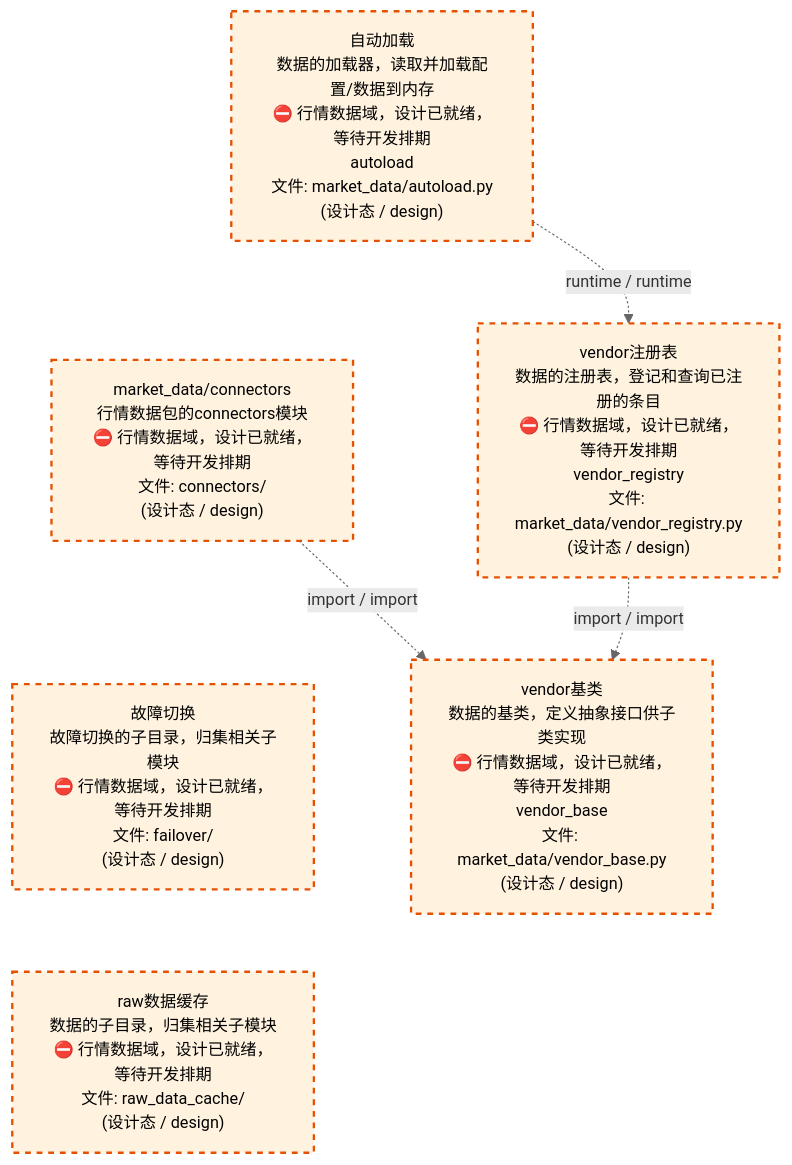
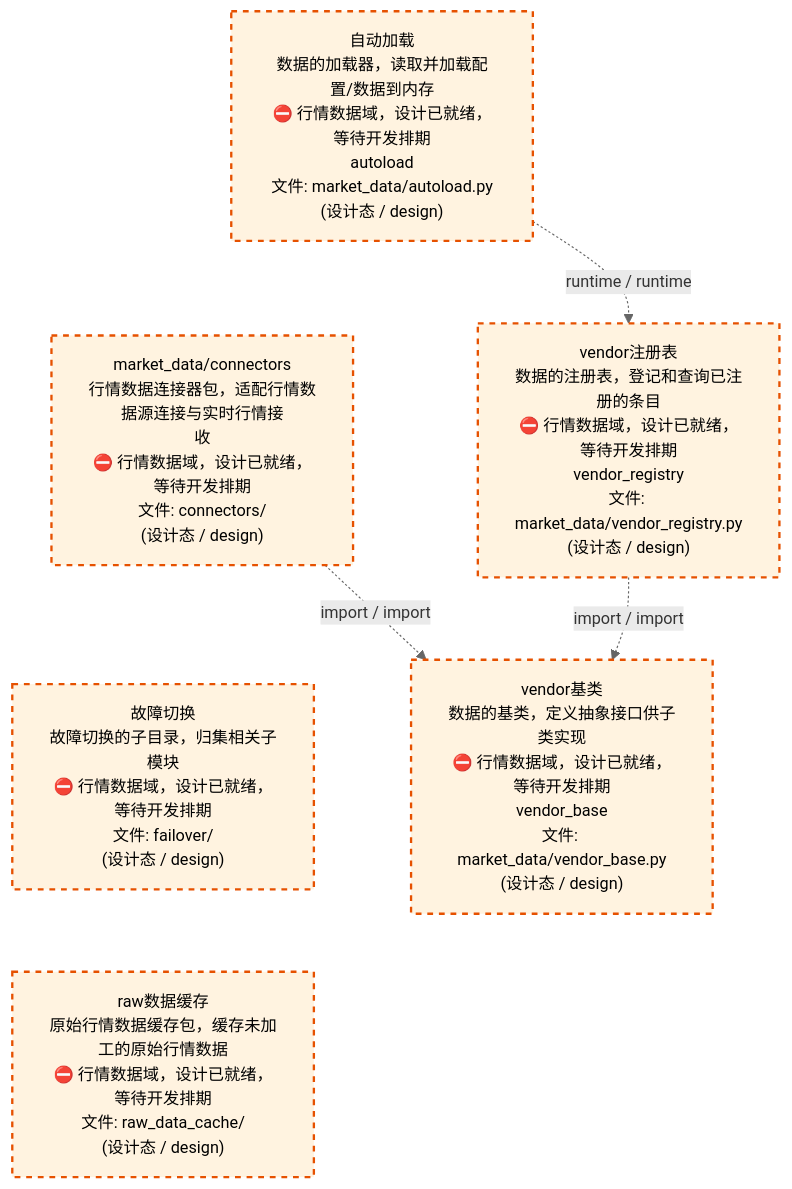
One commit to xuanFelixVan/ZephyrAlpha changed the third of 4 diagrams in docs/02_enterprise_architecture/02_domain_architecture_docs/23_d_mkt_data.md. Above: the diagram before and after it, drawn with Mermaid. The commit also changed other lines of this file and 40 other files, not shown here.

````diff
--- a/docs/02_enterprise_architecture/02_domain_architecture_docs/23_d_mkt_data.md
+++ b/docs/02_enterprise_architecture/02_domain_architecture_docs/23_d_mkt_data.md
@@ -143,21 +143,21 @@
 ```mermaid
 %%{init: {'theme': 'base', 'themeVariables': {'primaryColor': '#eaeaea', 'primaryTextColor': '#333333', 'primaryBorderColor': '#666666', 'lineColor': '#666666', 'secondaryColor': '#eaeaea', 'tertiaryColor': '#eaeaea', 'fontSize': '14px'}}}%%
 flowchart TD
     src_zephyr_market_data_autoload_py["自动加载<br/>数据的加载器，读取并加载配置/数据到内存<br/>⛔ 行情数据域，设计已就绪，等待开发排期<br/>autoload<br/>文件: market_data/autoload.py<br/>(设计态 / design)"]
-    src_zephyr_market_data_connectors["market_data/connectors<br/>行情数据包的connectors模块<br/>⛔ 行情数据域，设计已就绪，等待开发排期<br/>文件: connectors/<br/>(设计态 / design)"]
+    src_zephyr_market_data_connectors["market_data/connectors<br/>行情数据连接器包，适配行情数据源连接与实时行情接<br/>收<br/>⛔ 行情数据域，设计已就绪，等待开发排期<br/>文件: connectors/<br/>(设计态 / design)"]
     src_zephyr_market_data_failover["故障切换<br/>故障切换的子目录，归集相关子模块<br/>⛔ 行情数据域，设计已就绪，等待开发排期<br/>文件: failover/<br/>(设计态 / design)"]
-    src_zephyr_market_data_raw_data_cache["raw数据缓存<br/>数据的子目录，归集相关子模块<br/>⛔ 行情数据域，设计已就绪，等待开发排期<br/>文件: raw_data_cache/<br/>(设计态 / design)"]
+    src_zephyr_market_data_raw_data_cache["raw数据缓存<br/>原始行情数据缓存包，缓存未加工的原始行情数据<br/>⛔ 行情数据域，设计已就绪，等待开发排期<br/>文件: raw_data_cache/<br/>(设计态 / design)"]
     src_zephyr_market_data_autoload_py ~~~ src_zephyr_market_data_connectors
     src_zephyr_market_data_connectors ~~~ src_zephyr_market_data_failover
     src_zephyr_market_data_failover ~~~ src_zephyr_market_data_raw_data_cache
     src_zephyr_market_data_vendor_registry_py["vendor注册表<br/>数据的注册表，登记和查询已注册的条目<br/>⛔ 行情数据域，设计已就绪，等待开发排期<br/>vendor_registry<br/>文件: market_data/vendor_registry.py<br/>(设计态 / design)"]
     src_zephyr_market_data_vendor_base_py["vendor基类<br/>数据的基类，定义抽象接口供子类实现<br/>⛔ 行情数据域，设计已就绪，等待开发排期<br/>vendor_base<br/>文件: market_data/vendor_base.py<br/>(设计态 / design)"]
     src_zephyr_market_data_vendor_registry_py -.->|import / import| src_zephyr_market_data_vendor_base_py
     src_zephyr_market_data_connectors -.->|import / import| src_zephyr_market_data_vendor_base_py
     src_zephyr_market_data_autoload_py -.->|runtime / runtime| src_zephyr_market_data_vendor_registry_py
     classDef production fill:#e1f5fe,stroke:#01579b,stroke-width:2px,color:#000
     classDef design fill:#fff3e0,stroke:#e65100,stroke-width:2px,color:#000,stroke-dasharray: 5 5
     classDef external_prod fill:#e8f4fd,stroke:#0277bd,stroke-width:1px,color:#000
     classDef external_design fill:#fff8e7,stroke:#ef6c00,stroke-width:1px,color:#000,stroke-dasharray: 5 5
     class src_zephyr_market_data_autoload_py,src_zephyr_market_data_connectors,src_zephyr_market_data_failover,src_zephyr_market_data_raw_data_cache,src_zephyr_market_data_vendor_base_py,src_zephyr_market_data_vendor_registry_py design
 ```
````
